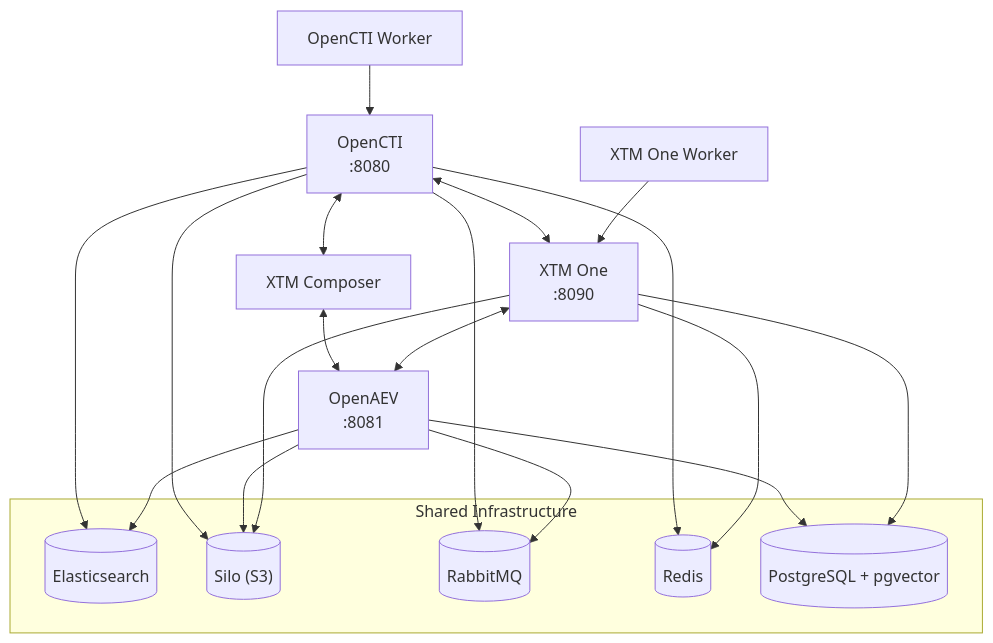
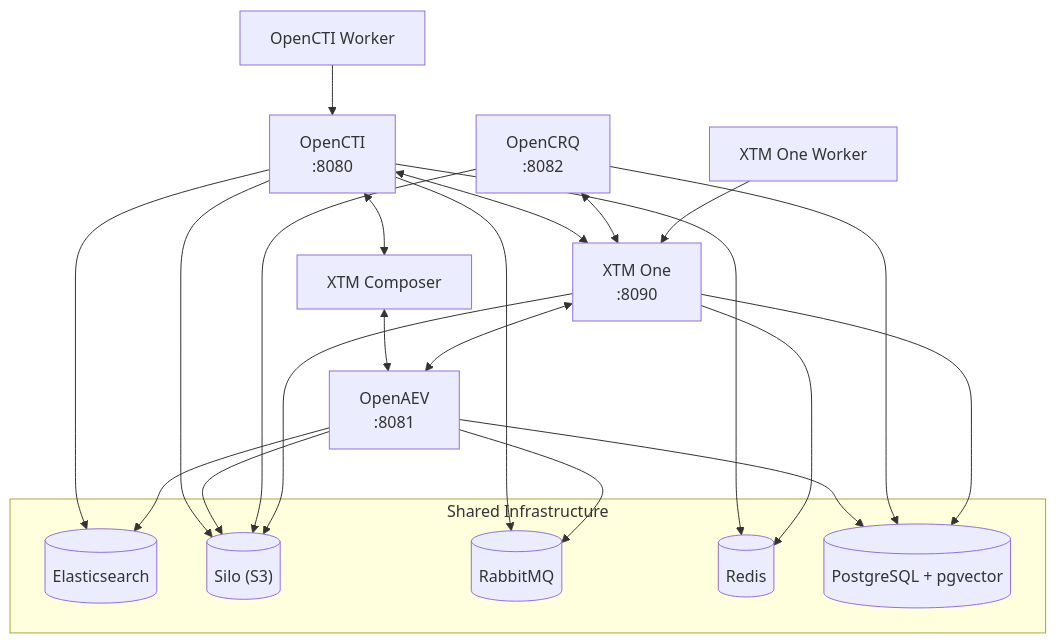
The diagram in README.md (FiligranHQ/xtm-docker), drawn with Mermaid before and after one commit. The commit also changed other lines of this file and 3 other files, not shown here.

First line of the commit message:
feat(compose): OpenCRQ joins the stack (#57)

````diff
--- a/README.md
+++ b/README.md
@@ -24,36 +25,40 @@
 ```mermaid
 graph TB
     OpenCTI["OpenCTI<br/>:8080"]
     OpenAEV["OpenAEV<br/>:8081"]
+    OpenCRQ["OpenCRQ<br/>:8082"]
     XTMOne["XTM One<br/>:8090"]
     Composer["XTM Composer"]
     Worker["OpenCTI Worker"]
     XTMOneWorker["XTM One Worker"]
 
     OpenCTI <--> Composer
     Composer <--> OpenAEV
     OpenCTI <--> XTMOne
     XTMOne <--> OpenAEV
+    OpenCRQ <--> XTMOne
     Worker --> OpenCTI
     XTMOneWorker --> XTMOne
 
     subgraph Shared["Shared Infrastructure"]
         ES[("Elasticsearch")]
         Silo[("Silo (S3)")]
         RabbitMQ[("RabbitMQ")]
         Redis[("Redis")]
         PG[("PostgreSQL + pgvector")]
     end
 
     OpenCTI --> ES
     OpenCTI --> Silo
     OpenCTI --> RabbitMQ
     OpenCTI --> Redis
     OpenAEV --> ES
     OpenAEV --> Silo
     OpenAEV --> RabbitMQ
     OpenAEV --> PG
+    OpenCRQ --> Silo
+    OpenCRQ --> PG
     XTMOne --> Silo
     XTMOne --> Redis
     XTMOne --> PG
 ```
````
